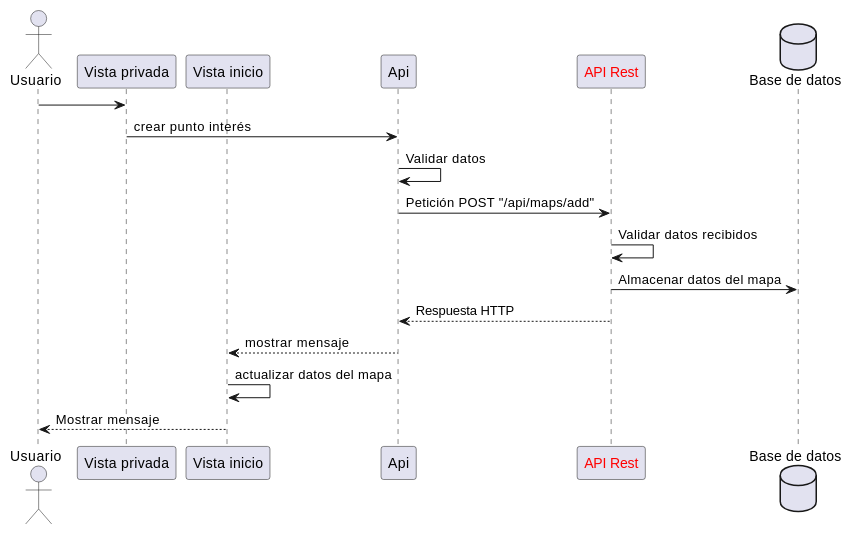
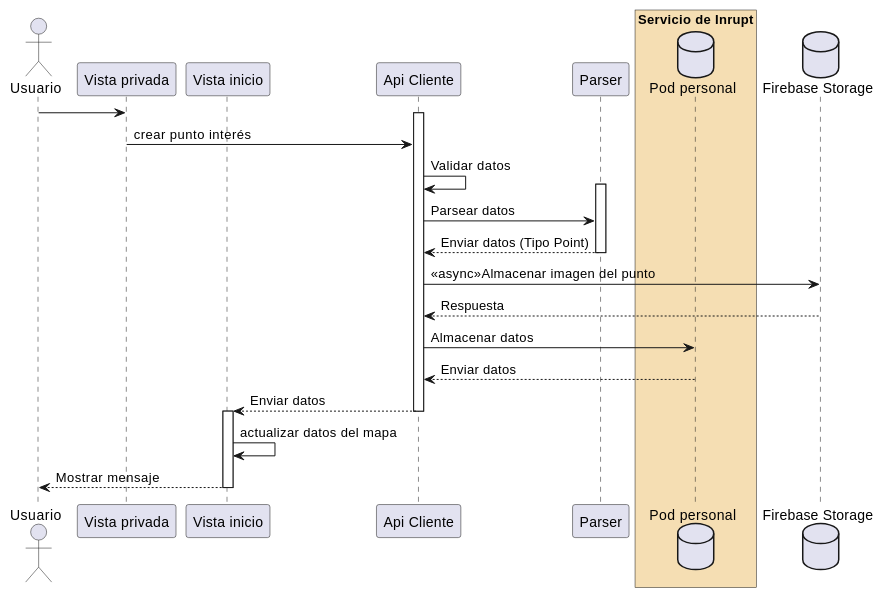
One commit to Arquisoft/lomap_es5a changed the fifth of 8 diagrams in docs/06_runtime_view.adoc. Above: the diagram before and after it, drawn with PlantUML. The commit also changed other lines of this file and 5 other files, not shown here.

```diff
--- a/docs/06_runtime_view.adoc
+++ b/docs/06_runtime_view.adoc
@@ -104,19 +113,34 @@
 [plantuml,"runtime-6-2-3", svg]
 ----
 actor Usuario
 participant personal as "Vista privada"
 participant home as "Vista inicio"
-participant Api as "Api"
-participant backend as "<color:#red>API Rest" 
-database Db as "Base de datos"
+participant Api as "Api Cliente"
+participant parser as "Parser"
+box "Servicio de Inrupt" #wheat
+database pod as "Pod personal"
+end box
+database firebase as "Firebase Storage"
+
 Usuario -> personal: 
+activate Api
 personal -> Api: crear punto interés 
 Api -> Api: Validar datos
-Api -> backend: Petición POST "/api/maps/add"
-backend -> backend: Validar datos recibidos
-backend -> Db: Almacenar datos del mapa
-backend --> Api: Respuesta HTTP
-Api --> home: mostrar mensaje
+
+activate parser
+Api -> parser: Parsear datos
+parser --> Api: Enviar datos (Tipo Point)
+deactivate parser
+
+Api -> firebase: <<async>>Almacenar imagen del punto
+firebase --> Api: Respuesta
+Api -> pod: Almacenar datos
+pod --> Api: Enviar datos
+Api --> home: Enviar datos
+deactivate Api
+
+activate home
 home -> home: actualizar datos del mapa
 home --> Usuario: Mostrar mensaje
+deactivate home
 ----
```
